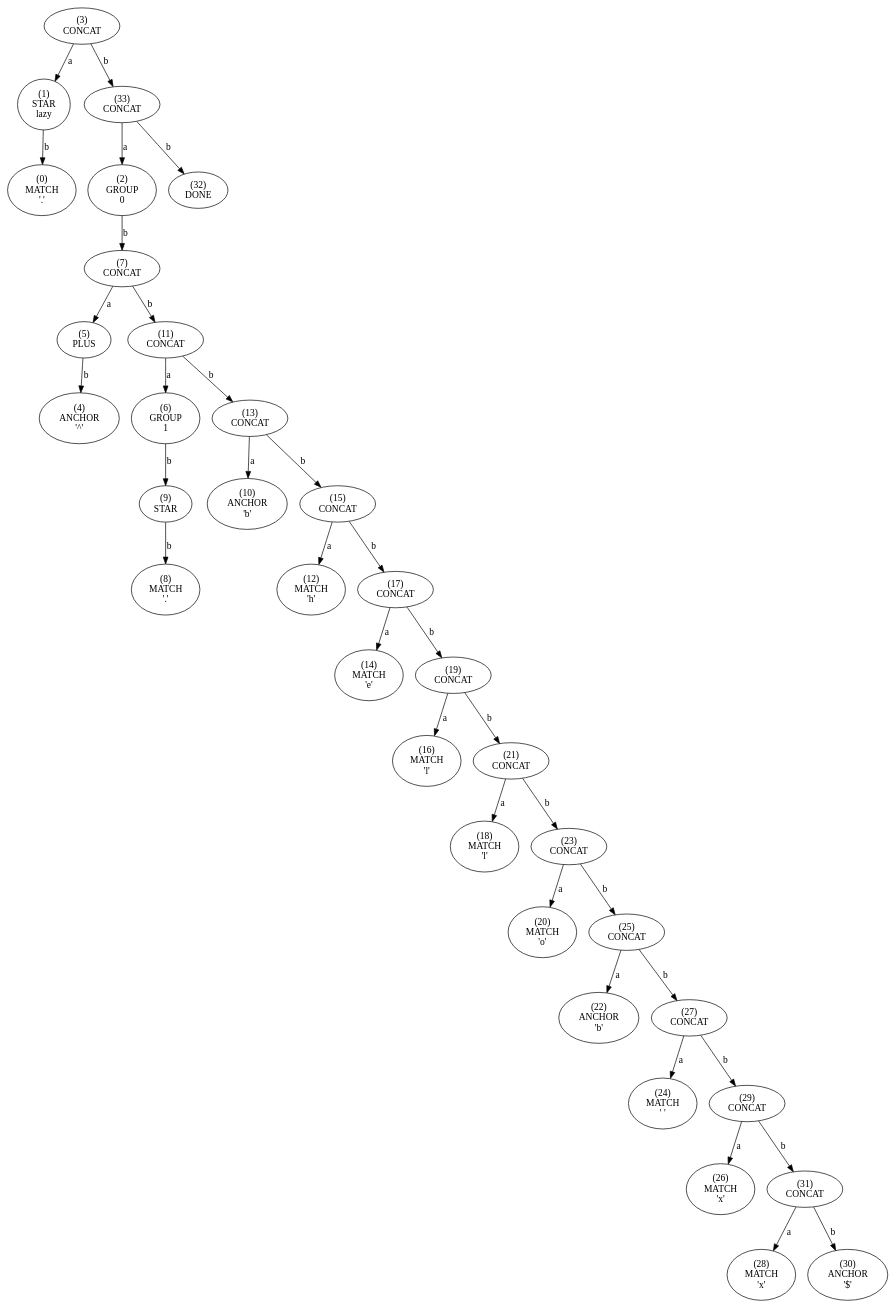
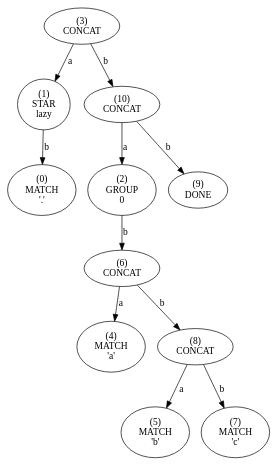
Before and after one commit to essele/rele: the diagram in tree.dot, drawn with Graphviz. The commit also changed 12 other files, not shown here.

```diff
--- a/tree.dot
+++ b/tree.dot
@@ -1,137 +1,45 @@
 digraph tree {
-    n0xca0f23563330 [label="(3)
+    n0xc44a8a4a1330 [label="(3)
 CONCAT
 "];
-    n0xca0f23563330 -> n0xca0f235632f0 [label="a"];
-    n0xca0f235632f0 [label="(1)
+    n0xc44a8a4a1330 -> n0xc44a8a4a12f0 [label="a"];
+    n0xc44a8a4a12f0 [label="(1)
 STAR
 lazy"];
-    n0xca0f235632f0 -> n0xca0f235632d0 [label="b"];
-    n0xca0f235632d0 [label="(0)
+    n0xc44a8a4a12f0 -> n0xc44a8a4a12d0 [label="b"];
+    n0xc44a8a4a12d0 [label="(0)
 MATCH
 '.'"];
-    n0xca0f23563330 -> n0xca0f235636f0 [label="b"];
-    n0xca0f235636f0 [label="(33)
+    n0xc44a8a4a1330 -> n0xc44a8a4a1410 [label="b"];
+    n0xc44a8a4a1410 [label="(10)
 CONCAT
 "];
-    n0xca0f235636f0 -> n0xca0f23563310 [label="a"];
-    n0xca0f23563310 [label="(2)
+    n0xc44a8a4a1410 -> n0xc44a8a4a1310 [label="a"];
+    n0xc44a8a4a1310 [label="(2)
 GROUP
 0"];
-    n0xca0f23563310 -> n0xca0f235633b0 [label="b"];
-    n0xca0f235633b0 [label="(7)
+    n0xc44a8a4a1310 -> n0xc44a8a4a1390 [label="b"];
+    n0xc44a8a4a1390 [label="(6)
 CONCAT
 "];
-    n0xca0f235633b0 -> n0xca0f23563370 [label="a"];
-    n0xca0f23563370 [label="(5)
-PLUS
-"];
-    n0xca0f23563370 -> n0xca0f23563350 [label="b"];
-    n0xca0f23563350 [label="(4)
-ANCHOR
-'^'"];
-    n0xca0f235633b0 -> n0xca0f23563430 [label="b"];
-    n0xca0f23563430 [label="(11)
+    n0xc44a8a4a1390 -> n0xc44a8a4a1350 [label="a"];
+    n0xc44a8a4a1350 [label="(4)
+MATCH
+'a'"];
+    n0xc44a8a4a1390 -> n0xc44a8a4a13d0 [label="b"];
+    n0xc44a8a4a13d0 [label="(8)
 CONCAT
 "];
-    n0xca0f23563430 -> n0xca0f23563390 [label="a"];
-    n0xca0f23563390 [label="(6)
-GROUP
-1"];
-    n0xca0f23563390 -> n0xca0f235633f0 [label="b"];
-    n0xca0f235633f0 [label="(9)
-STAR
-"];
-    n0xca0f235633f0 -> n0xca0f235633d0 [label="b"];
-    n0xca0f235633d0 [label="(8)
+    n0xc44a8a4a13d0 -> n0xc44a8a4a1370 [label="a"];
+    n0xc44a8a4a1370 [label="(5)
 MATCH
-'.'"];
-    n0xca0f23563430 -> n0xca0f23563470 [label="b"];
-    n0xca0f23563470 [label="(13)
-CONCAT
-"];
-    n0xca0f23563470 -> n0xca0f23563410 [label="a"];
-    n0xca0f23563410 [label="(10)
-ANCHOR
 'b'"];
-    n0xca0f23563470 -> n0xca0f235634b0 [label="b"];
-    n0xca0f235634b0 [label="(15)
-CONCAT
-"];
-    n0xca0f235634b0 -> n0xca0f23563450 [label="a"];
-    n0xca0f23563450 [label="(12)
+    n0xc44a8a4a13d0 -> n0xc44a8a4a13b0 [label="b"];
+    n0xc44a8a4a13b0 [label="(7)
 MATCH
-'h'"];
-    n0xca0f235634b0 -> n0xca0f235634f0 [label="b"];
-    n0xca0f235634f0 [label="(17)
-CONCAT
-"];
-    n0xca0f235634f0 -> n0xca0f23563490 [label="a"];
-    n0xca0f23563490 [label="(14)
-MATCH
-'e'"];
-    n0xca0f235634f0 -> n0xca0f23563530 [label="b"];
-    n0xca0f23563530 [label="(19)
-CONCAT
-"];
-    n0xca0f23563530 -> n0xca0f235634d0 [label="a"];
-    n0xca0f235634d0 [label="(16)
-MATCH
-'l'"];
-    n0xca0f23563530 -> n0xca0f23563570 [label="b"];
-    n0xca0f23563570 [label="(21)
-CONCAT
-"];
-    n0xca0f23563570 -> n0xca0f23563510 [label="a"];
-    n0xca0f23563510 [label="(18)
-MATCH
-'l'"];
-    n0xca0f23563570 -> n0xca0f235635b0 [label="b"];
-    n0xca0f235635b0 [label="(23)
-CONCAT
-"];
-    n0xca0f235635b0 -> n0xca0f23563550 [label="a"];
-    n0xca0f23563550 [label="(20)
-MATCH
-'o'"];
-    n0xca0f235635b0 -> n0xca0f235635f0 [label="b"];
-    n0xca0f235635f0 [label="(25)
-CONCAT
-"];
-    n0xca0f235635f0 -> n0xca0f23563590 [label="a"];
-    n0xca0f23563590 [label="(22)
-ANCHOR
-'b'"];
-    n0xca0f235635f0 -> n0xca0f23563630 [label="b"];
-    n0xca0f23563630 [label="(27)
-CONCAT
-"];
-    n0xca0f23563630 -> n0xca0f235635d0 [label="a"];
-    n0xca0f235635d0 [label="(24)
-MATCH
-' '"];
-    n0xca0f23563630 -> n0xca0f23563670 [label="b"];
-    n0xca0f23563670 [label="(29)
-CONCAT
-"];
-    n0xca0f23563670 -> n0xca0f23563610 [label="a"];
-    n0xca0f23563610 [label="(26)
-MATCH
-'x'"];
-    n0xca0f23563670 -> n0xca0f235636b0 [label="b"];
-    n0xca0f235636b0 [label="(31)
-CONCAT
-"];
-    n0xca0f235636b0 -> n0xca0f23563650 [label="a"];
-    n0xca0f23563650 [label="(28)
-MATCH
-'x'"];
-    n0xca0f235636b0 -> n0xca0f23563690 [label="b"];
-    n0xca0f23563690 [label="(30)
-ANCHOR
-'$'"];
-    n0xca0f235636f0 -> n0xca0f235636d0 [label="b"];
-    n0xca0f235636d0 [label="(32)
+'c'"];
+    n0xc44a8a4a1410 -> n0xc44a8a4a13f0 [label="b"];
+    n0xc44a8a4a13f0 [label="(9)
 DONE
 "];
 }
```
